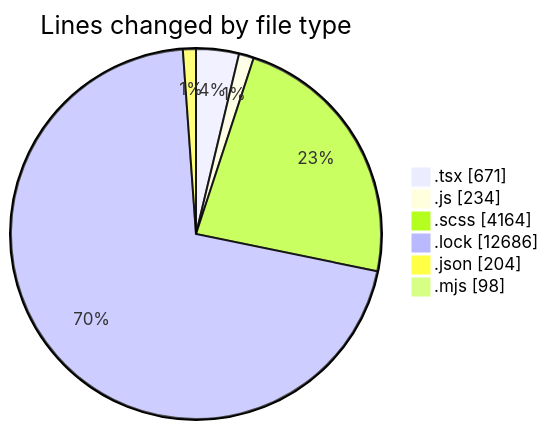
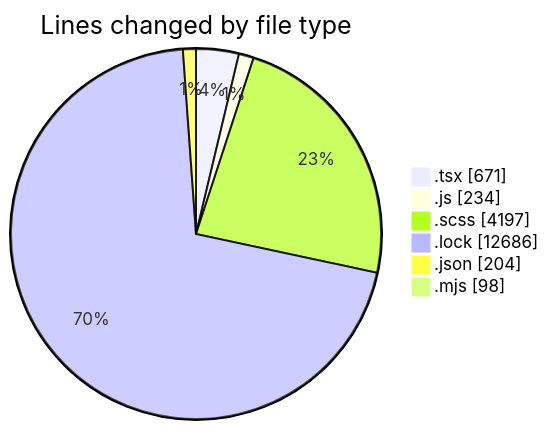
One commit to momahboobian/code-tracking changed the first of 2 diagrams in 2026-01-22/cda-web-components/README.md. Above: the diagram before and after it, drawn with Mermaid. The commit also changed other lines of this file and 1 other file, not shown here.

````diff
--- a/2026-01-22/cda-web-components/README.md
+++ b/2026-01-22/cda-web-components/README.md
@@ -59,10 +59,10 @@
 ```mermaid
 pie showData
 title Lines changed by file type
 ".tsx" : 671
 ".js" : 234
-".scss" : 4164
+".scss" : 4197
 ".lock" : 12686
 ".json" : 204
 ".mjs" : 98
 ```
````
